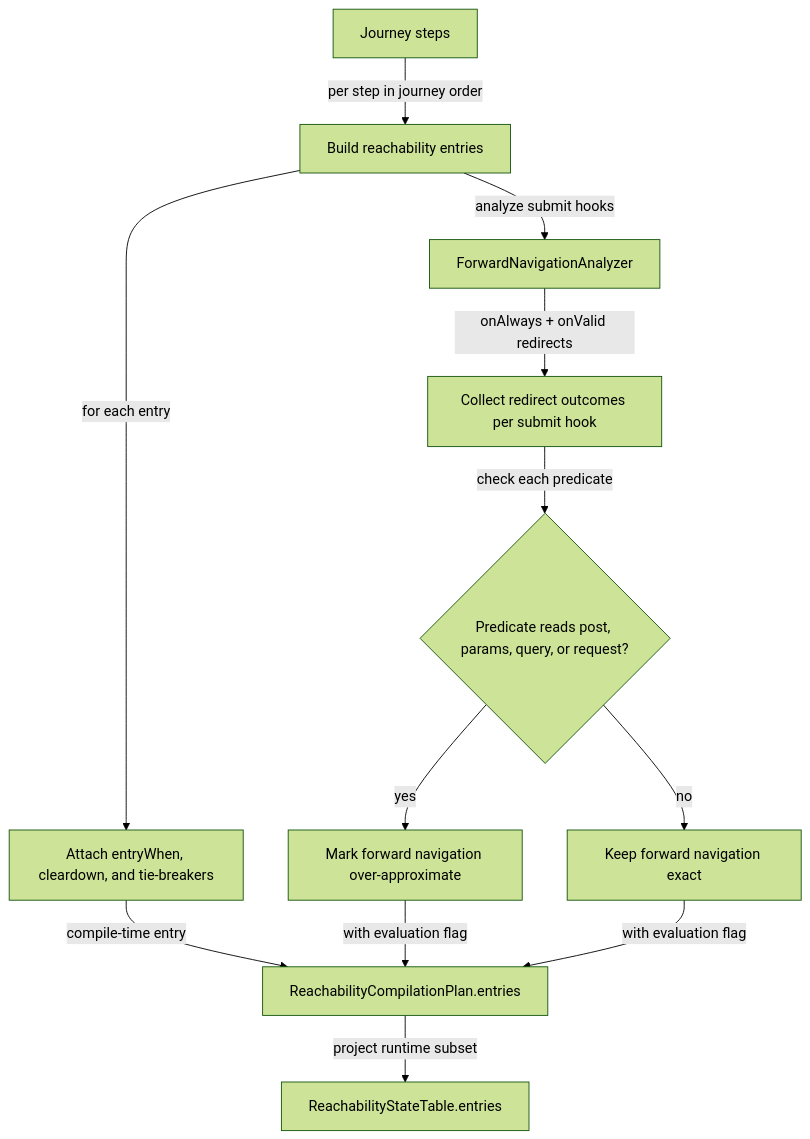
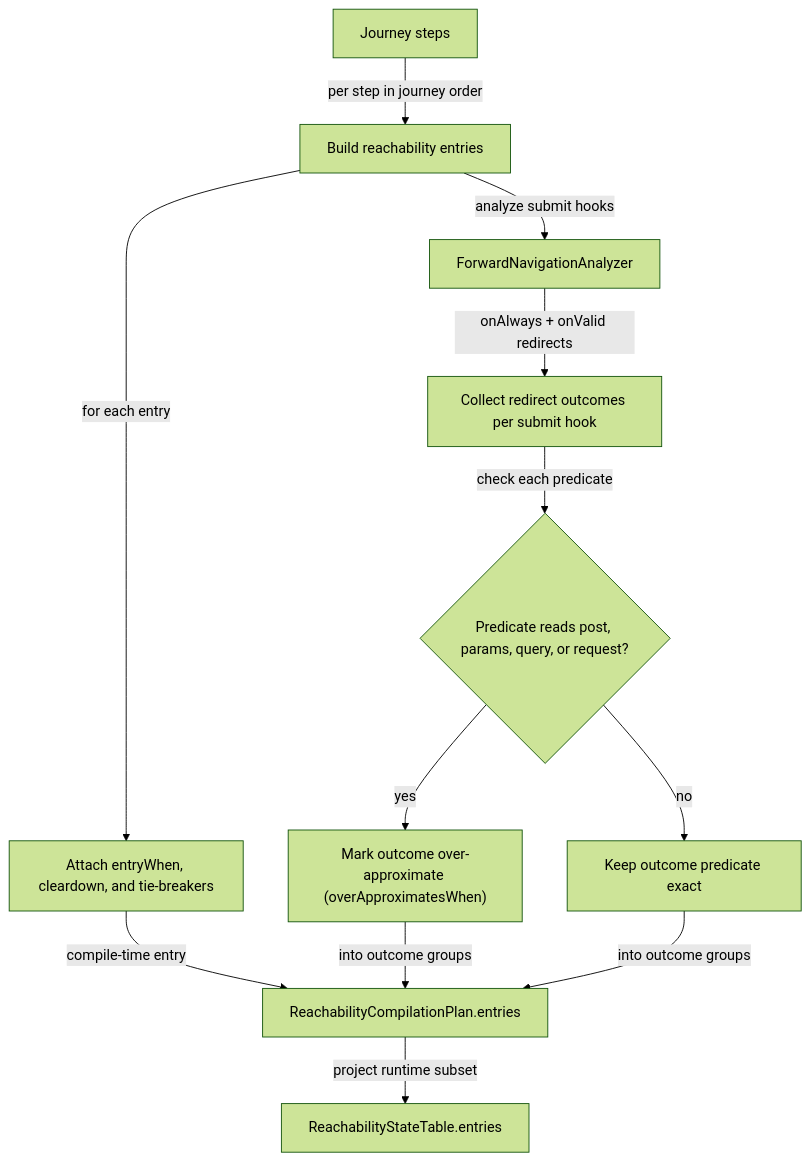
One commit to ministryofjustice/hmpps-forge changed the diagram in packages/forge-core/src/engine/concerns/reachability/analysis/README.md. Above: the diagram before and after it, drawn with Mermaid (forest theme). The commit also changed 8 other files, not shown here.

Commit message:
Remove dead reachability flag and tidy answer mutation typing

````diff
--- a/packages/forge-core/src/engine/concerns/reachability/analysis/README.md
+++ b/packages/forge-core/src/engine/concerns/reachability/analysis/README.md
@@ -31,14 +31,14 @@
 ```mermaid
 flowchart TD
   journeySteps["Journey steps"] -->|per step in journey order| entries["Build reachability entries"]
   entries -->|for each entry| stepMetadata["Attach entryWhen, cleardown, and tie-breakers"]
   entries -->|analyze submit hooks| forwardAnalyzer["ForwardNavigationAnalyzer"]
   forwardAnalyzer -->|onAlways + onValid redirects| redirectGroups["Collect redirect outcomes per submit hook"]
   redirectGroups -->|check each predicate| requestTimeCheck{"Predicate reads post, params, query, or request?"}
-  requestTimeCheck -->|yes| overApproximate["Mark forward navigation over-approximate"]
-  requestTimeCheck -->|no| exact["Keep forward navigation exact"]
+  requestTimeCheck -->|yes| overApproximate["Mark outcome over-approximate (overApproximatesWhen)"]
+  requestTimeCheck -->|no| exact["Keep outcome predicate exact"]
   stepMetadata -->|compile-time entry| reachabilityPlan["ReachabilityCompilationPlan.entries"]
-  overApproximate -->|with evaluation flag| reachabilityPlan
-  exact -->|with evaluation flag| reachabilityPlan
+  overApproximate -->|into outcome groups| reachabilityPlan
+  exact -->|into outcome groups| reachabilityPlan
   reachabilityPlan -->|project runtime subset| stateTable["ReachabilityStateTable.entries"]
 ```
````
